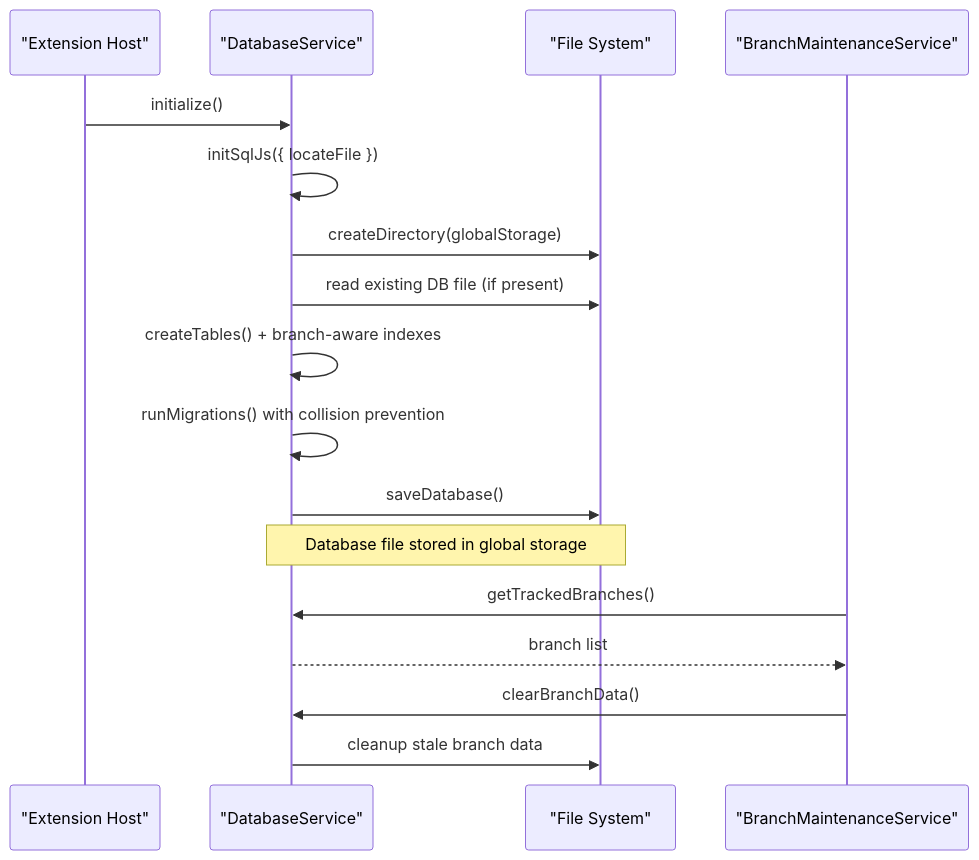
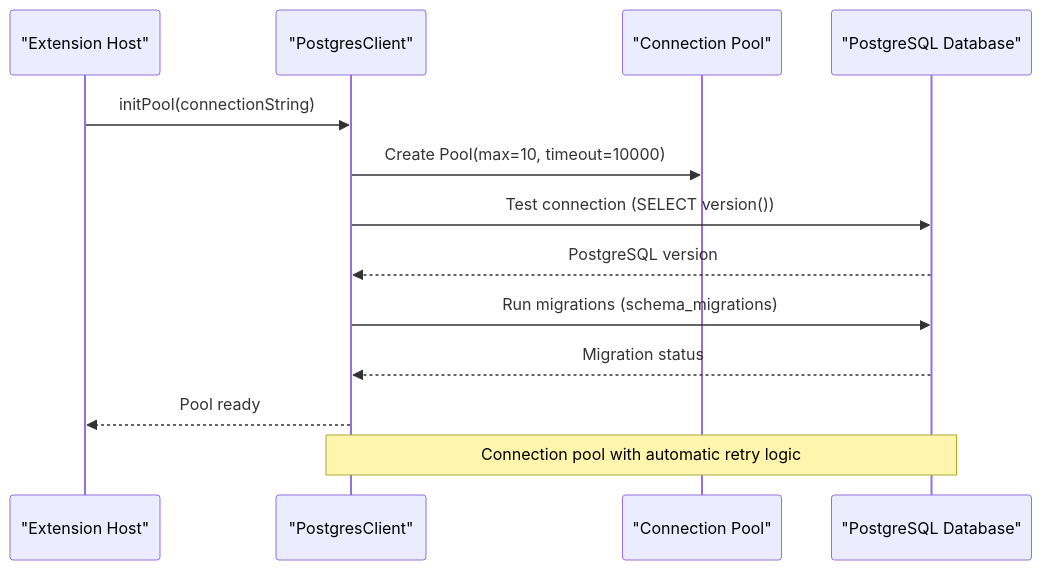
One commit to bramburn/repomix-runner changed the second of 3 diagrams in .qoder/repowiki/en/content/Storage System/Database Service.md. Above: the diagram before and after it, drawn with Mermaid. The commit also changed other lines of this file and 40 other files, not shown here.

First line of the commit message:
feat(storage): migrate chat persistence to PostgreSQL

````diff
--- a/.qoder/repowiki/en/content/Storage System/Database Service.md
+++ b/.qoder/repowiki/en/content/Storage System/Database Service.md
@@ -108,19 +127,15 @@
 ```mermaid
 sequenceDiagram
-participant Ext as "Extension Host"
-participant DB as "DatabaseService"
-participant FS as "File System"
-participant BMS as "BranchMaintenanceService"
-Ext->>DB : initialize()
-DB->>DB : initSqlJs({ locateFile })
-DB->>FS : createDirectory(globalStorage)
-DB->>FS : read existing DB file (if present)
-DB->>DB : createTables() + branch-aware indexes
-DB->>DB : runMigrations() with collision prevention
-DB->>FS : saveDatabase()
-Note over DB,FS : Database file stored in global storage
-BMS->>DB : getTrackedBranches()
-DB-->>BMS : branch list
-BMS->>DB : clearBranchData()
-DB->>FS : cleanup stale branch data
+participant EXT as "Extension Host"
+participant PG as "PostgresClient"
+participant POOL as "Connection Pool"
+participant DB as "PostgreSQL Database"
+EXT->>PG : initPool(connectionString)
+PG->>POOL : Create Pool(max=10, timeout=10000)
+PG->>DB : Test connection (SELECT version())
+DB-->>PG : PostgreSQL version
+PG->>DB : Run migrations (schema_migrations)
+DB-->>PG : Migration status
+PG-->>EXT : Pool ready
+Note over PG,DB : Connection pool with automatic retry logic
 ```
````
